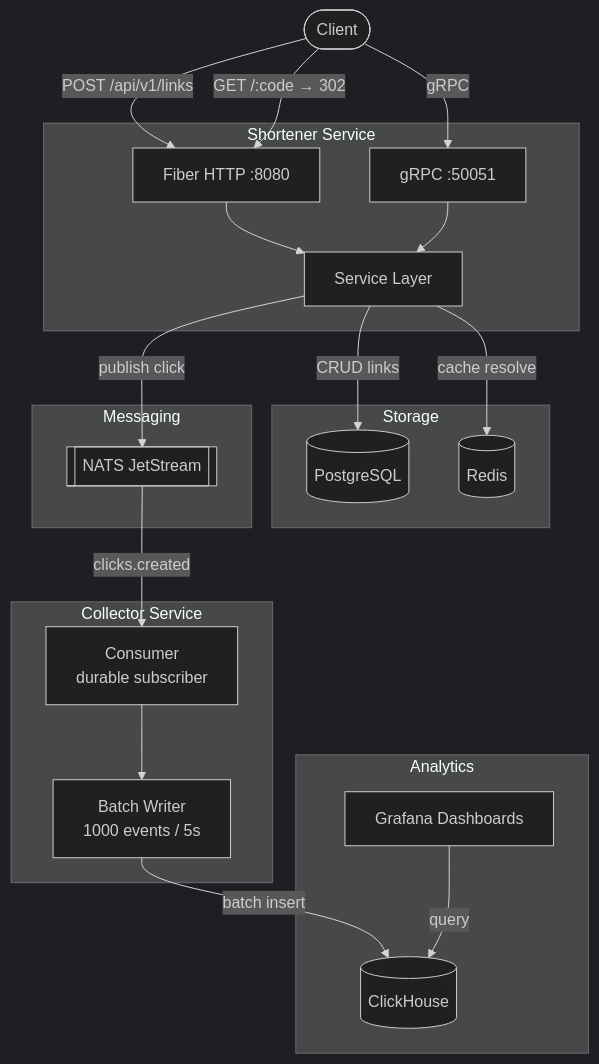
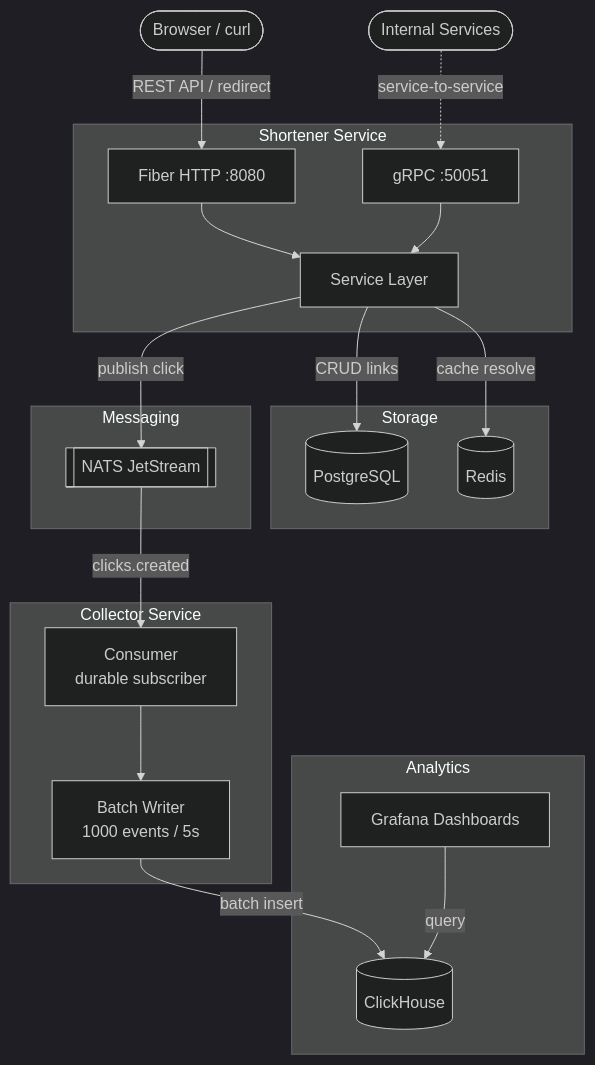
The first of 3 diagrams in README.md (lander1x/snip), drawn with Mermaid (dark theme) before and after one commit.

Commit message:
Fix architecture diagram: separate client HTTP from internal gRPC

````diff
--- a/README.md
+++ b/README.md
@@ -7,42 +7,42 @@
 ```mermaid
 graph TB
-    Client([Client])
+    Client([Browser / curl])
+    Internal([Internal Services])
 
     subgraph Shortener Service
         HTTP[Fiber HTTP :8080]
         GRPC[gRPC :50051]
         SVC[Service Layer]
     end
 
     subgraph Storage
         PG[(PostgreSQL)]
         RD[(Redis)]
     end
 
     subgraph Messaging
         NATS[[NATS JetStream]]
     end
 
     subgraph Collector Service
         CON[Consumer<br/>durable subscriber]
         WR[Batch Writer<br/>1000 events / 5s]
     end
 
     subgraph Analytics
         CH[(ClickHouse)]
         GF[Grafana Dashboards]
     end
 
-    Client -->|POST /api/v1/links| HTTP
-    Client -->|GET /:code → 302| HTTP
-    Client -->|gRPC| GRPC
+    Client -->|REST API / redirect| HTTP
+    Internal -.->|service-to-service| GRPC
     HTTP --> SVC
     GRPC --> SVC
     SVC -->|CRUD links| PG
     SVC -->|cache resolve| RD
     SVC -->|publish click| NATS
     NATS -->|clicks.created| CON
     CON --> WR
     WR -->|batch insert| CH
     GF -->|query| CH
 ```
````
